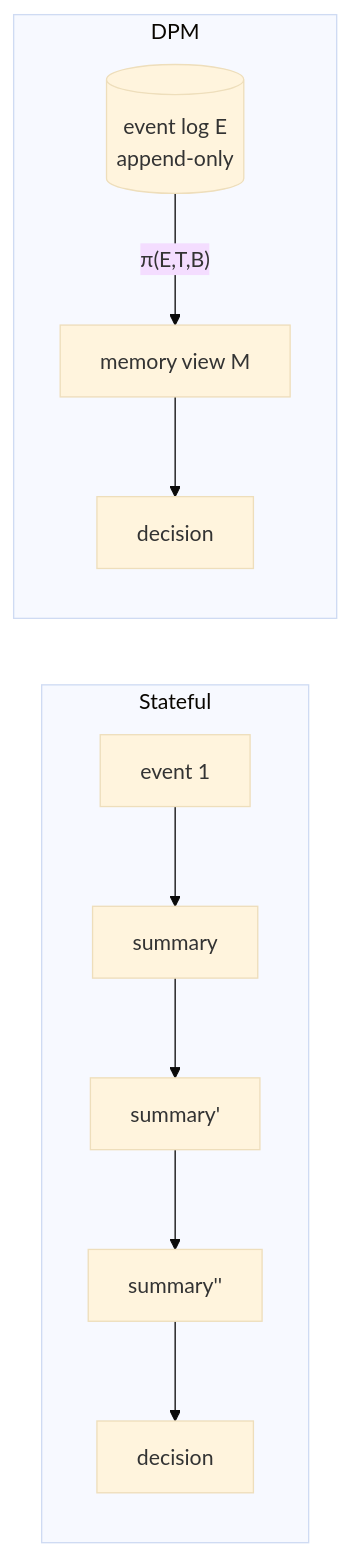
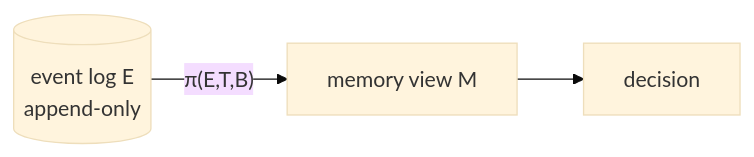
One commit to pheeree/pheeree.github.io changed the second of 4 diagrams in _posts/2026-04-27-stateless-decision-memory-enterprise.md. Above: the diagram before and after it, drawn with Mermaid (base theme). The commit also changed other lines of this file and 10 other files, not shown here.

````diff
--- a/_posts/2026-04-27-stateless-decision-memory-enterprise.md
+++ b/_posts/2026-04-27-stateless-decision-memory-enterprise.md
@@ -22,9 +35,4 @@
 ```mermaid
 flowchart LR
-    subgraph Stateful
-      e1[event 1] --> s1[summary] --> s2[summary'] --> s3[summary''] --> dS[decision]
-    end
-    subgraph DPM
-      E[(event log E<br/>append-only)] -- π(E,T,B) --> M[memory view M] --> dD[decision]
-    end
+  E[("event log E<br/>append-only")] -- "π(E,T,B)" --> M["memory view M"] --> dD["decision"]
 ```
````
